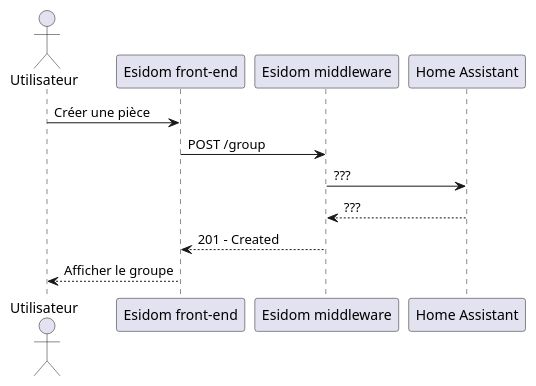
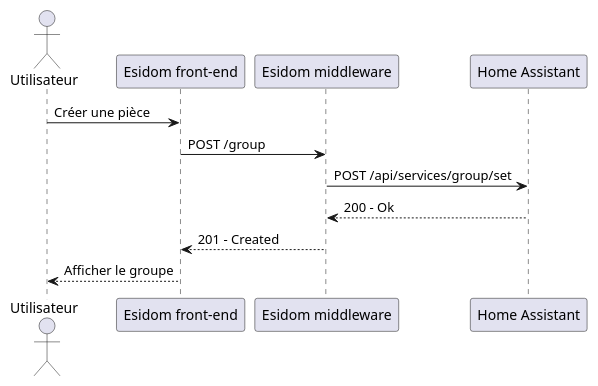
Before and after one commit to SKAVALT-io/esidom_doc: the diagram in cdct/diagramme_de_sequence/plantuml/creer_groupe.puml, drawn with PlantUML. The commit also changed 7 other files, not shown here.

Commit message:
docs(cdct): update sequence diagram

```diff
--- a/cdct/diagramme_de_sequence/plantuml/creer_groupe.puml
+++ b/cdct/diagramme_de_sequence/plantuml/creer_groupe.puml
@@ -1,15 +1,15 @@
 @startuml créer groupe
 
 actor "Utilisateur" as u
 participant "Esidom front-end" as fe
 participant "Esidom middleware" as m
 participant "Home Assistant" as ha
 
 u -> fe: Créer une pièce
 fe -> m: POST /group
-m -> ha: ???
-ha --> m: ???
+m -> ha: POST /api/services/group/set
+ha --> m: 200 - Ok
 m --> fe: 201 - Created
 fe --> u: Afficher le groupe
 
 @enduml
```
